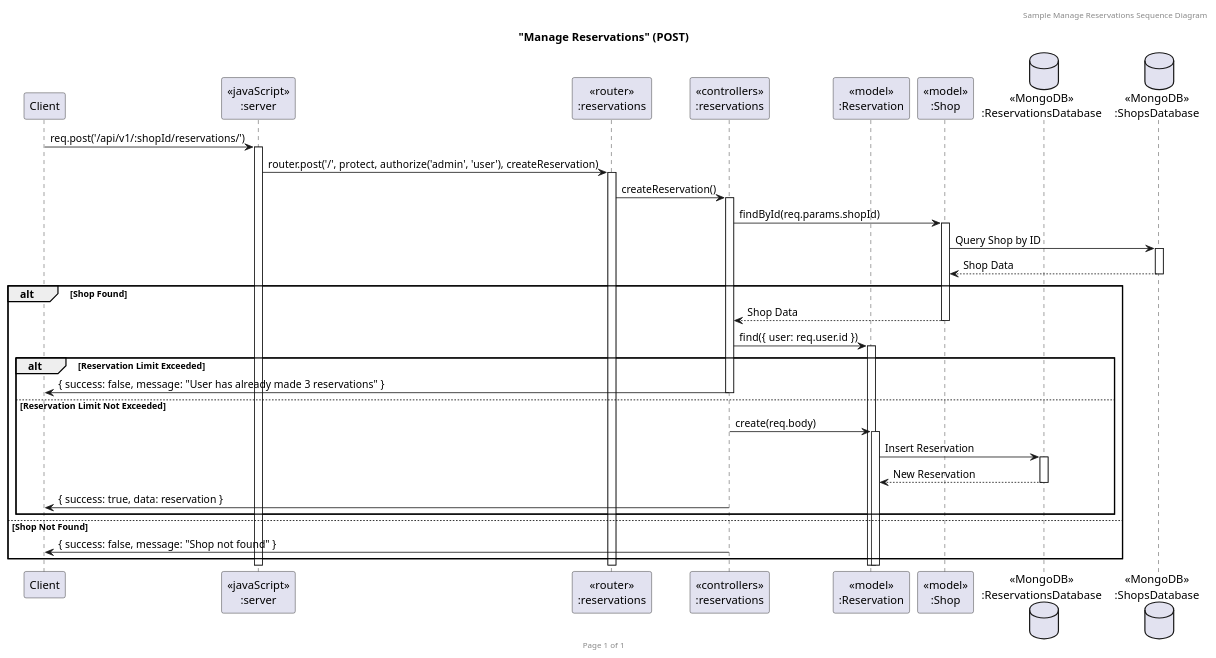
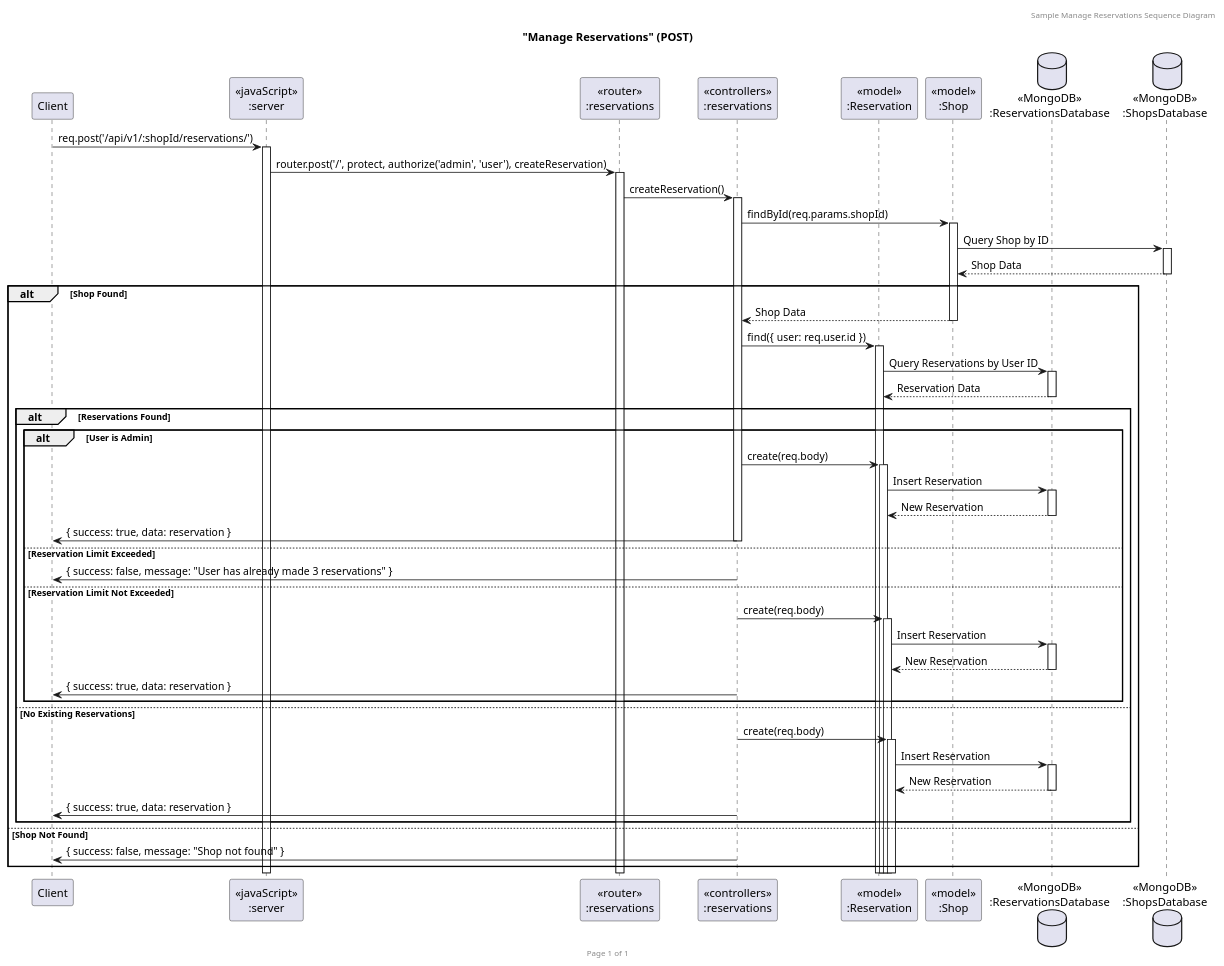
Before and after one commit to MadManJJ/Blackend: the diagram in puml/Reservations/Create.puml, drawn with PlantUML. The commit also changed 7 other files, not shown here.

Commit message:
Add deleteOrphanReservations (for deleting a reservation that doesn't have a shop) and add role to the response of sendTokenResponse

```diff
--- a/puml/Reservations/Create.puml
+++ b/puml/Reservations/Create.puml
@@ -1,40 +1,54 @@
 @startuml Manage Reservations (POST)
 
 header Sample Manage Reservations Sequence Diagram
 footer Page %page% of %lastpage%
 title "Manage Reservations" (POST)
 
 participant "Client" as client
 participant "<<javaScript>>\n:server" as server
 participant "<<router>>\n:reservations" as routerReservations
 participant "<<controllers>>\n:reservations" as controllersReservations
 participant "<<model>>\n:Reservation" as modelReservation
 participant "<<model>>\n:Shop" as modelShop
 database "<<MongoDB>>\n:ReservationsDatabase" as ReservationsDatabase
 database "<<MongoDB>>\n:ShopsDatabase" as ShopsDatabase
 
 client->server ++:req.post('/api/v1/:shopId/reservations/')
 server->routerReservations ++:router.post('/', protect, authorize('admin', 'user'), createReservation)
 routerReservations -> controllersReservations ++:createReservation()
 controllersReservations->modelShop ++:findById(req.params.shopId)
 modelShop -> ShopsDatabase ++: Query Shop by ID
 ShopsDatabase --> modelShop --: Shop Data
 
 alt Shop Found
   modelShop --> controllersReservations --: Shop Data
   controllersReservations->modelReservation ++:find({ user: req.user.id })
+  modelReservation -> ReservationsDatabase ++: Query Reservations by User ID
+  ReservationsDatabase --> modelReservation --: Reservation Data
 
-  alt Reservation Limit Exceeded
-    controllersReservations->client --: { success: false, message: "User has already made 3 reservations" }
-  else Reservation Limit Not Exceeded
+  alt Reservations Found
+    alt User is Admin
+      controllersReservations->modelReservation ++:create(req.body)
+      modelReservation -> ReservationsDatabase ++: Insert Reservation
+      ReservationsDatabase --> modelReservation --: New Reservation
+      controllersReservations->client --: { success: true, data: reservation }
+    else Reservation Limit Exceeded
+      controllersReservations->client --: { success: false, message: "User has already made 3 reservations" }
+    else Reservation Limit Not Exceeded
+      controllersReservations->modelReservation ++:create(req.body)
+      modelReservation -> ReservationsDatabase ++: Insert Reservation
+      ReservationsDatabase --> modelReservation --: New Reservation
+      controllersReservations->client --: { success: true, data: reservation }
+    end alt
+  else No Existing Reservations
     controllersReservations->modelReservation ++:create(req.body)
     modelReservation -> ReservationsDatabase ++: Insert Reservation
     ReservationsDatabase --> modelReservation --: New Reservation
     controllersReservations->client --: { success: true, data: reservation }
   end alt
 
 else Shop Not Found
   controllersReservations->client --: { success: false, message: "Shop not found" }
 end alt
 
 @enduml
```
